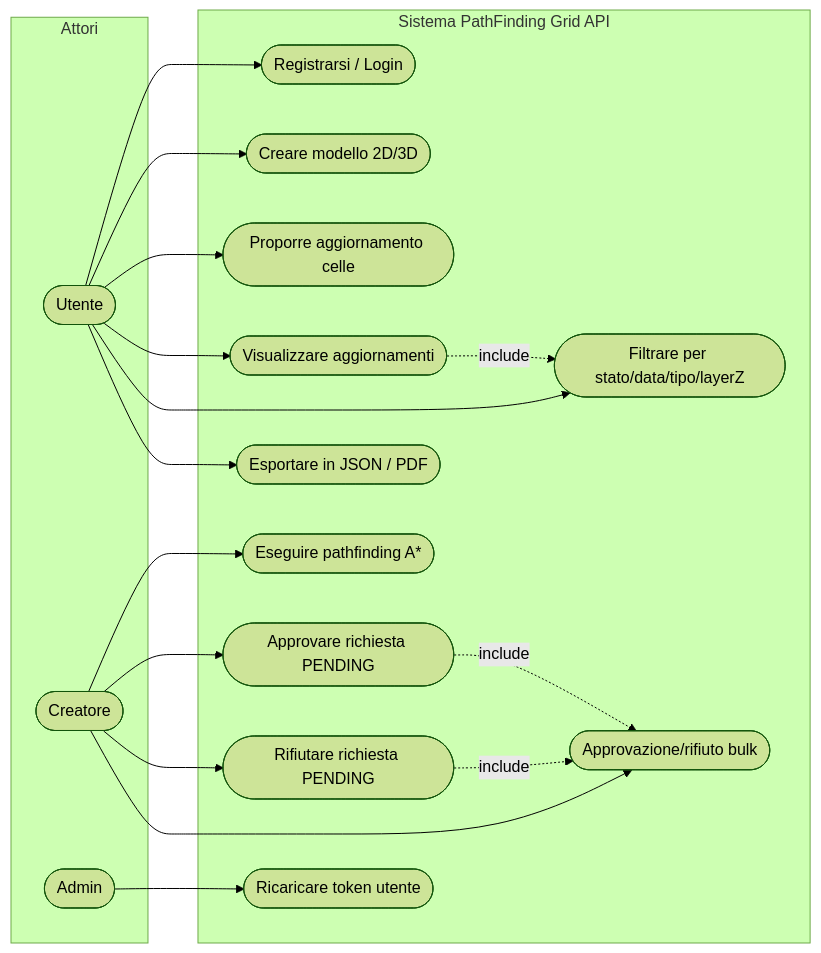
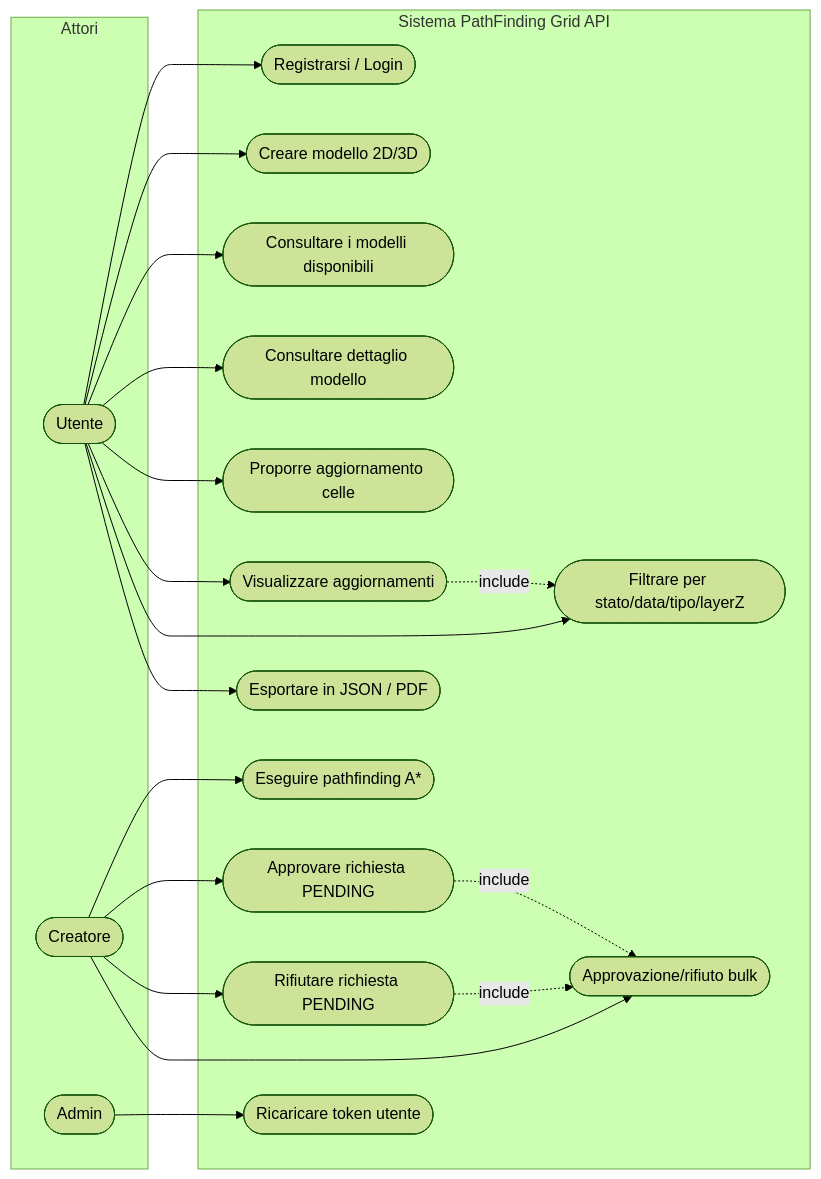
Before and after one commit to lucabelard/Progetto-programmazione-avanzata-consegna: the first of 6 diagrams in README.md, drawn with Mermaid (forest theme). The commit also changed other lines of this file and 1 other file, not shown here.

````diff
--- a/README.md
+++ b/README.md
@@ -176,40 +176,44 @@
 ```mermaid
 flowchart LR
   subgraph Attori
     U(["Utente"])
     C(["Creatore"])
     A(["Admin"])
   end
 
   subgraph Sistema ["Sistema PathFinding Grid API"]
     UC1(["Registrarsi / Login"])
     UC2(["Creare modello 2D/3D"])
+    UC_GET(["Consultare i modelli disponibili"])
+    UC_GET_ID(["Consultare dettaglio modello"])
     UC3(["Proporre aggiornamento celle"])
     UC4(["Visualizzare aggiornamenti"])
     UC5(["Filtrare per stato/data/tipo/layerZ"])
     UC6(["Eseguire pathfinding A*"])
     UC7(["Esportare in JSON / PDF"])
     UC8(["Approvare richiesta PENDING"])
     UC9(["Rifiutare richiesta PENDING"])
     UC10(["Approvazione/rifiuto bulk"])
     UC11(["Ricaricare token utente"])
   end
 
   U --> UC1
   U --> UC2
+  U --> UC_GET
+  U --> UC_GET_ID
   U --> UC3
   U --> UC4
   U --> UC5
   U --> UC7
 
   C --> UC6
   C --> UC8
   C --> UC9
   C --> UC10
 
   A --> UC11
 
   UC4 -.->|include| UC5
   UC8 -.->|include| UC10
   UC9 -.->|include| UC10
 ```
````
